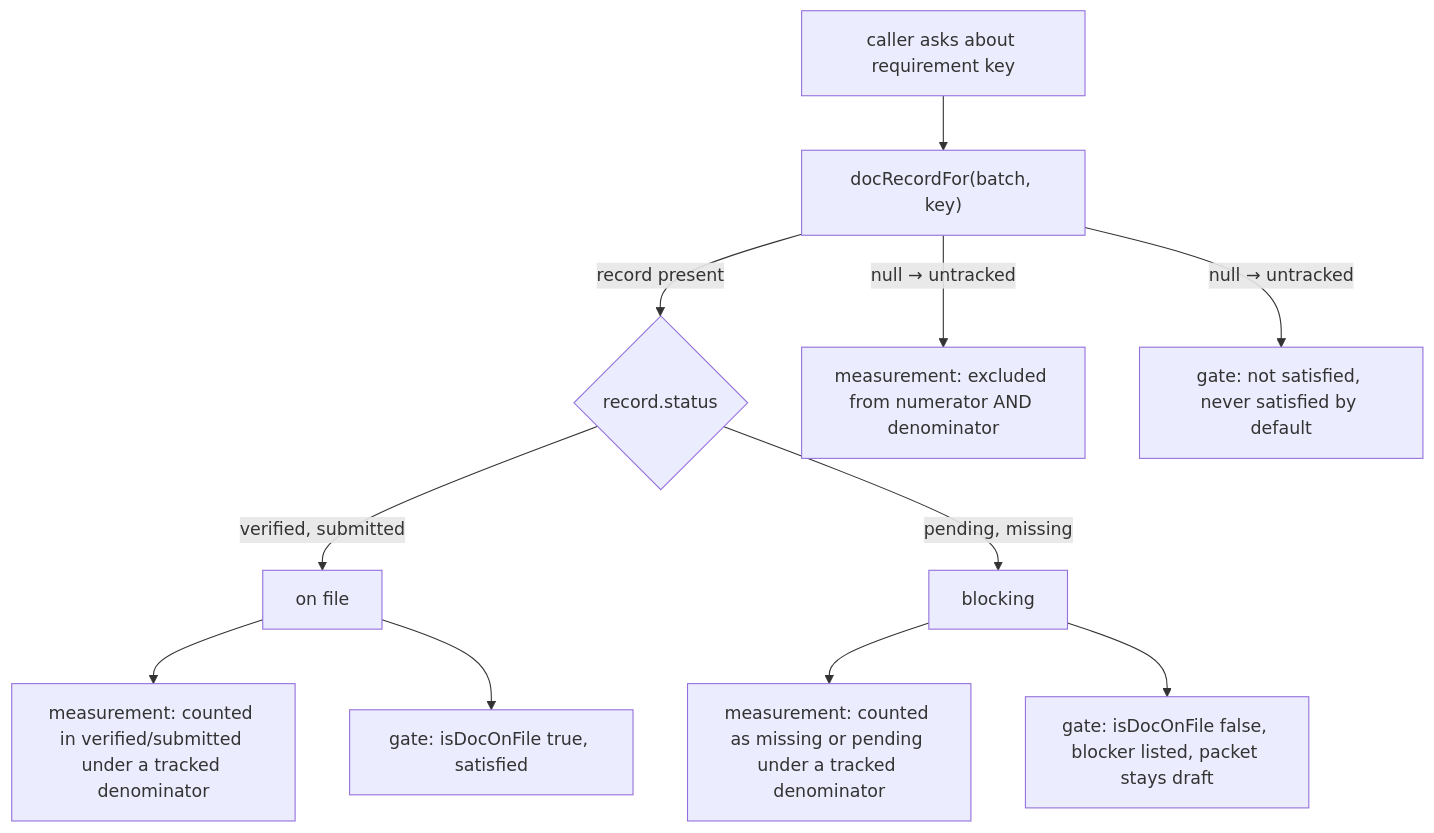
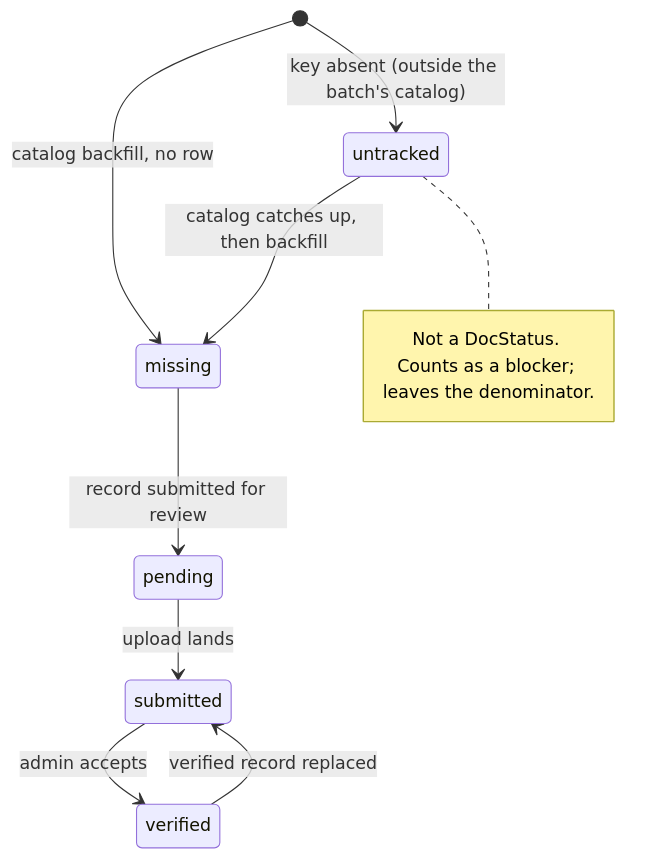
One commit to shuakyle21/tesda-compliance-manager changed the diagram in openwiki/workflows/document-compliance-and-evidence.md. Above: the diagram before and after it, drawn with Mermaid. The commit also changed other lines of this file and 48 other files, not shown here.

````diff
--- a/openwiki/workflows/document-compliance-and-evidence.md
+++ b/openwiki/workflows/document-compliance-and-evidence.md
@@ -52,13 +75,13 @@
 ```mermaid
-flowchart TD
-    A["caller asks about requirement key"] --> B["docRecordFor(batch, key)"]
-    B -- "record present" --> C{"record.status"}
-    C -- "verified, submitted" --> D["on file"]
-    C -- "pending, missing" --> E["blocking"]
-    D --> M1["measurement: counted in verified/submitted under a tracked denominator"]
-    E --> M2["measurement: counted as missing or pending under a tracked denominator"]
-    D --> G1["gate: isDocOnFile true, satisfied"]
-    E --> G2["gate: isDocOnFile false, blocker listed, packet stays draft"]
-    B -- "null → untracked" --> X["measurement: excluded from numerator AND denominator"]
-    B -- "null → untracked" --> Y["gate: not satisfied, never satisfied by default"]
+stateDiagram-v2
+    [*] --> missing: catalog backfill, no row
+    [*] --> untracked: key absent (outside the batch's catalog)
+    missing --> pending: record submitted for review
+    pending --> submitted: upload lands
+    submitted --> verified: admin accepts
+    verified --> submitted: verified record replaced
+    untracked --> missing: catalog catches up, then backfill
+    note right of untracked
+        Not a DocStatus. Counts as a blocker; leaves the denominator.
+    end note
 ```
````
